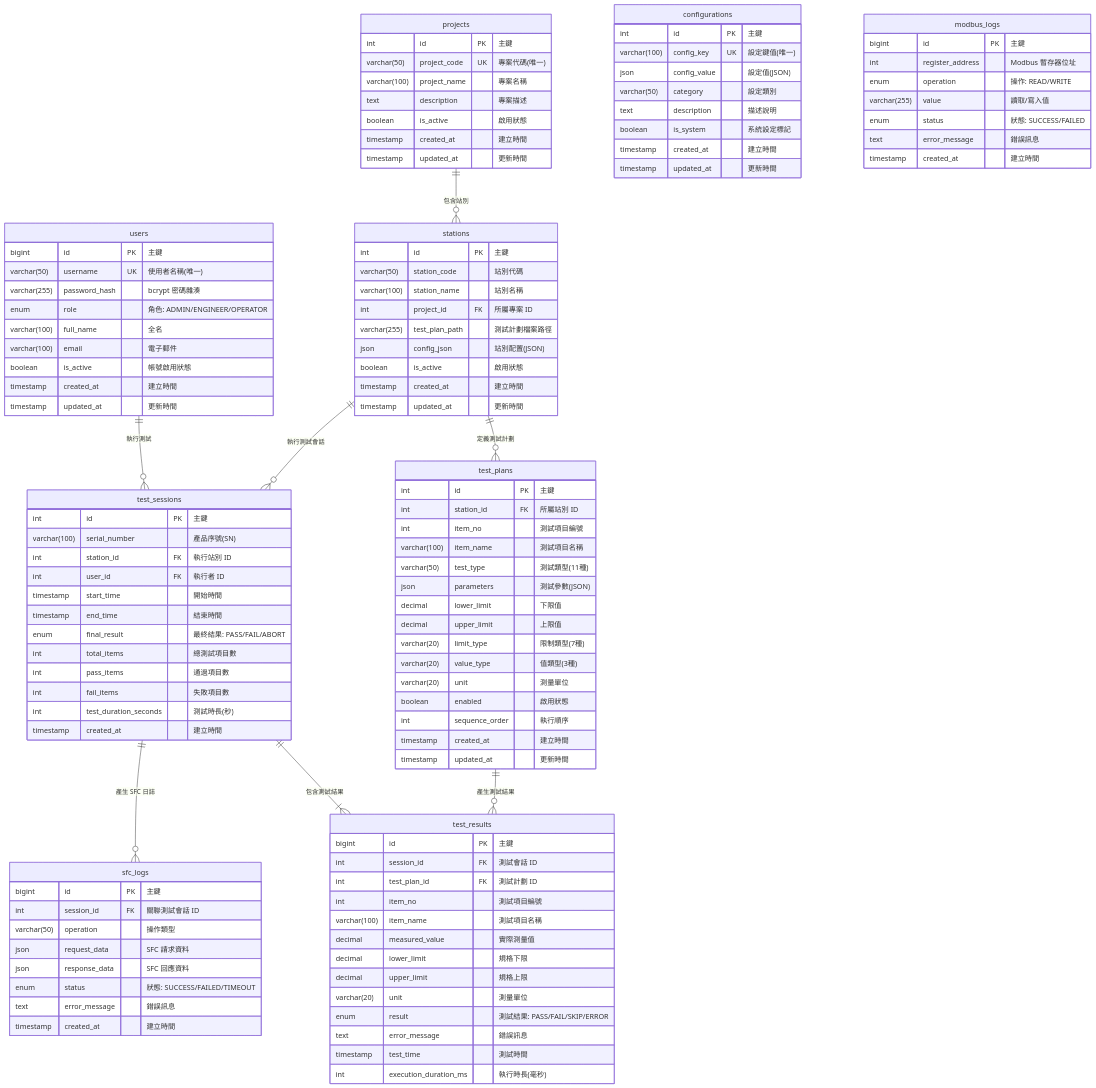
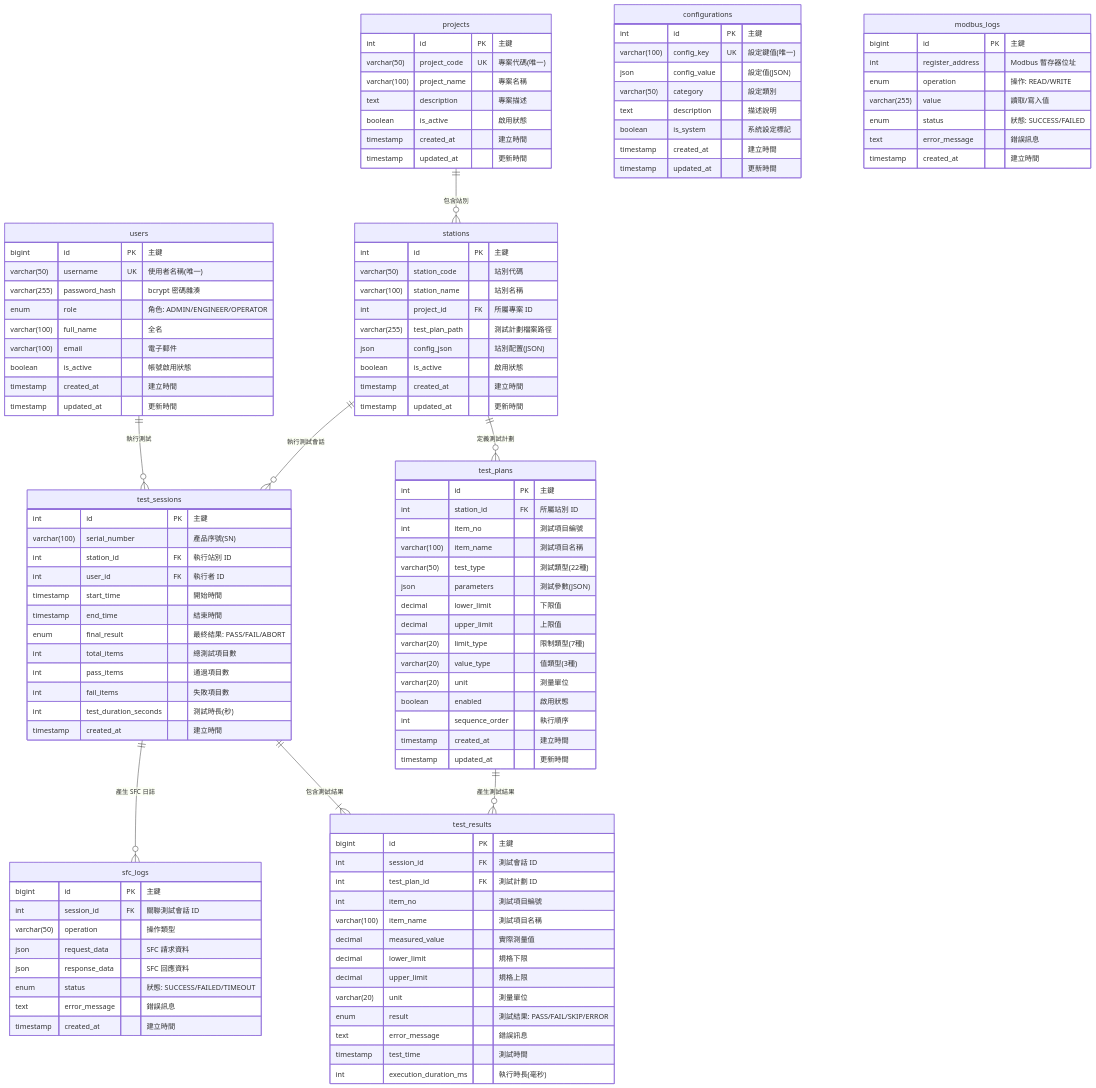
The fourth of 4 diagrams in README.md (sprigga/WebPDTool), drawn with Mermaid before and after one commit. The commit also changed other lines of this file and 4 other files, not shown here.

```diff
--- a/README.md
+++ b/README.md
@@ -500,7 +499,7 @@
         int station_id FK "所屬站別 ID"
         int item_no "測試項目編號"
         varchar(100) item_name "測試項目名稱"
-        varchar(50) test_type "測試類型(11種)"
+        varchar(50) test_type "測試類型(22種)"
         json parameters "測試參數(JSON)"
         decimal lower_limit "下限值"
         decimal upper_limit "上限值"
```
